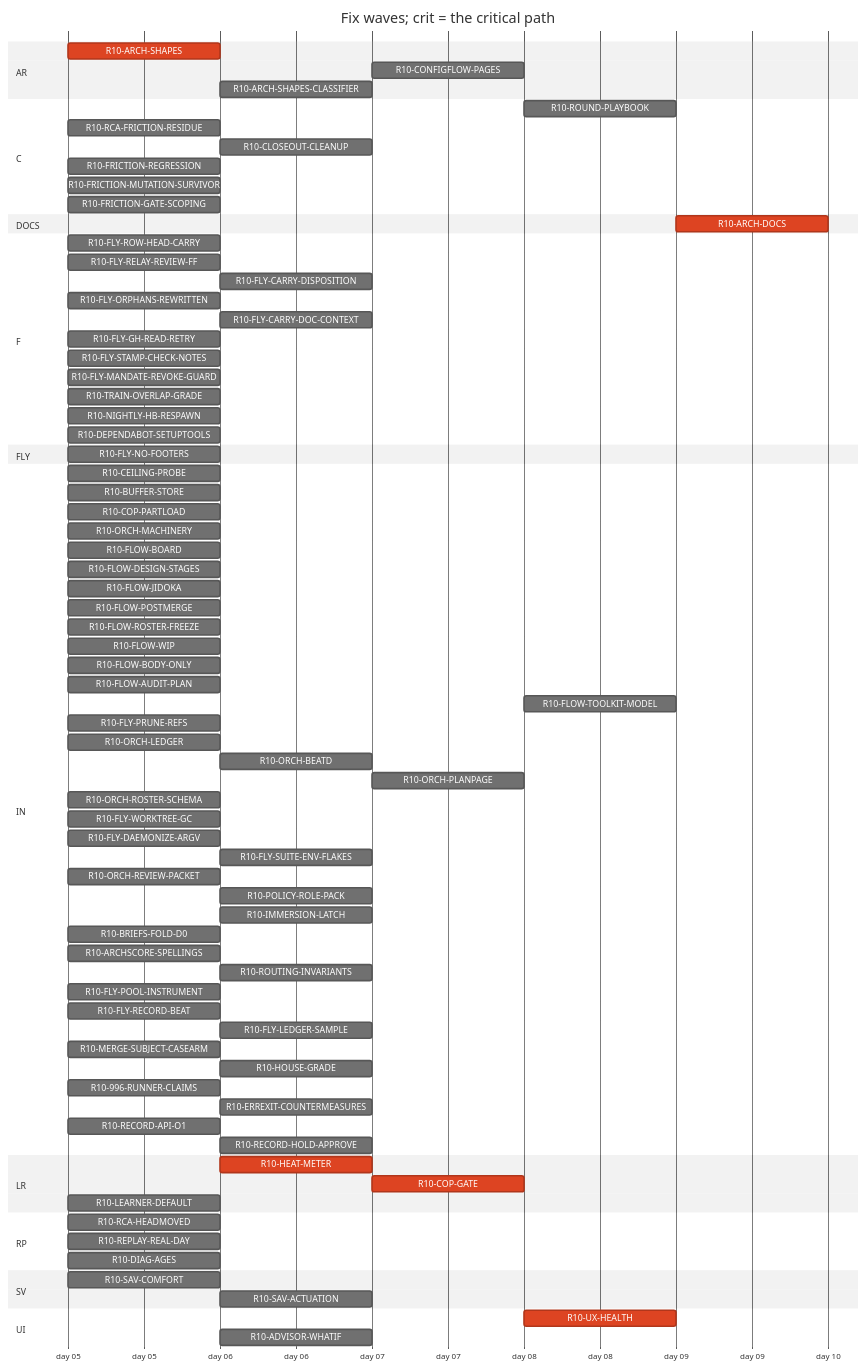
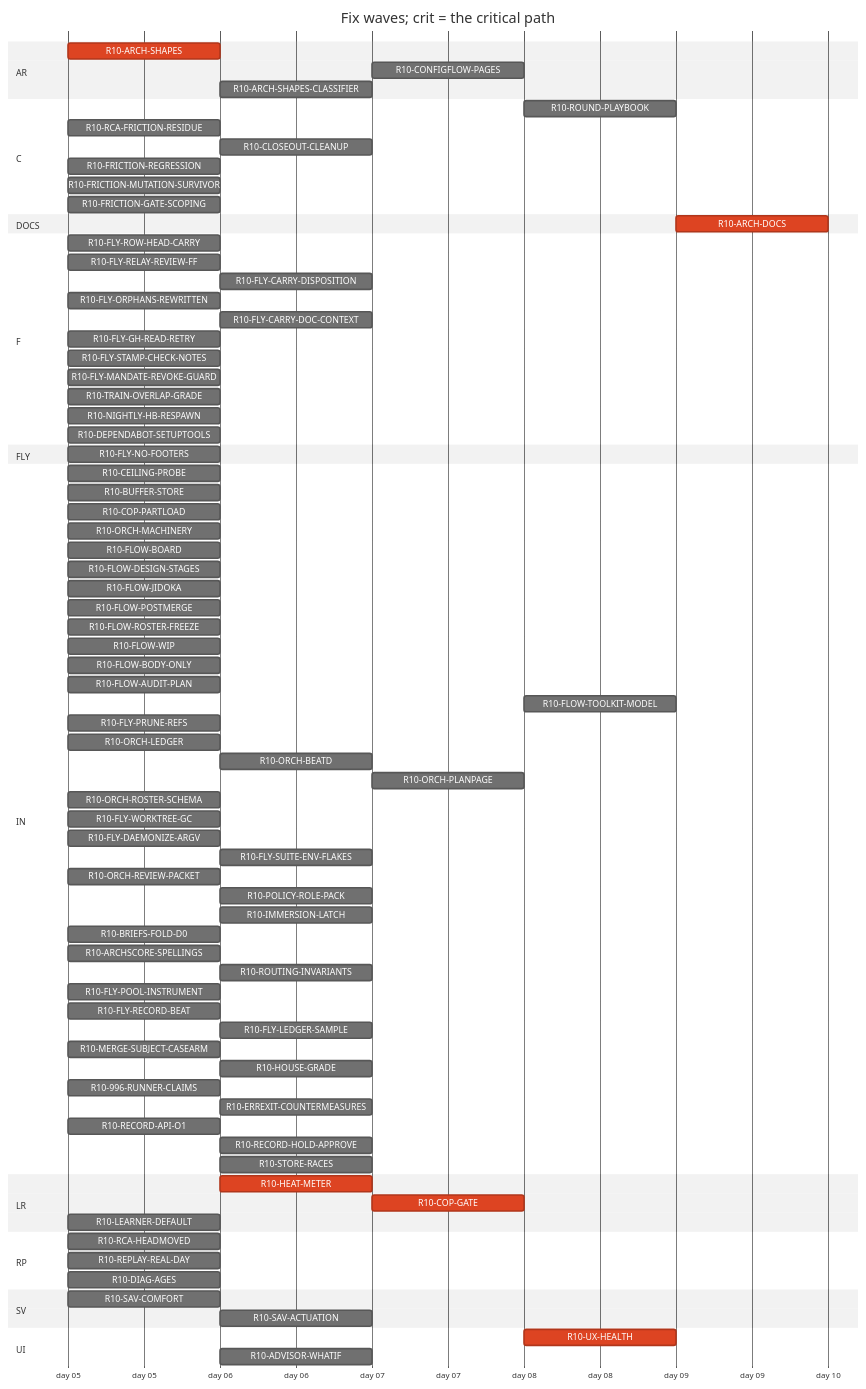
Before and after one commit to tvofi/heatpump_optimizer: the diagram in handoff/round10/state/PLAN-TABLE.md, drawn with Mermaid (neutral theme). The commit also changed other lines of this file and 1 other file, not shown here.

```diff
--- a/handoff/round10/state/PLAN-TABLE.md
+++ b/handoff/round10/state/PLAN-TABLE.md
@@ -89,6 +89,7 @@
     R10-ERREXIT-COUNTERMEASURES :r10ERREXITCOUNTERMEASURES, after r10ARCHSHAPES, 1d
     R10-RECORD-API-O1 :r10RECORDAPIO1, 2026-01-05, 1d
     R10-RECORD-HOLD-APPROVE :r10RECORDHOLDAPPROVE, after r10ARCHSHAPES, 1d
+    R10-STORE-RACES :r10STORERACES, after r10BUFFERSTORE, 1d
   section LR
     R10-HEAT-METER :crit, r10HEATMETER, after r10ARCHSHAPES, 1d
     R10-COP-GATE :crit, r10COPGATE, after r10HEATMETER, 1d
```
